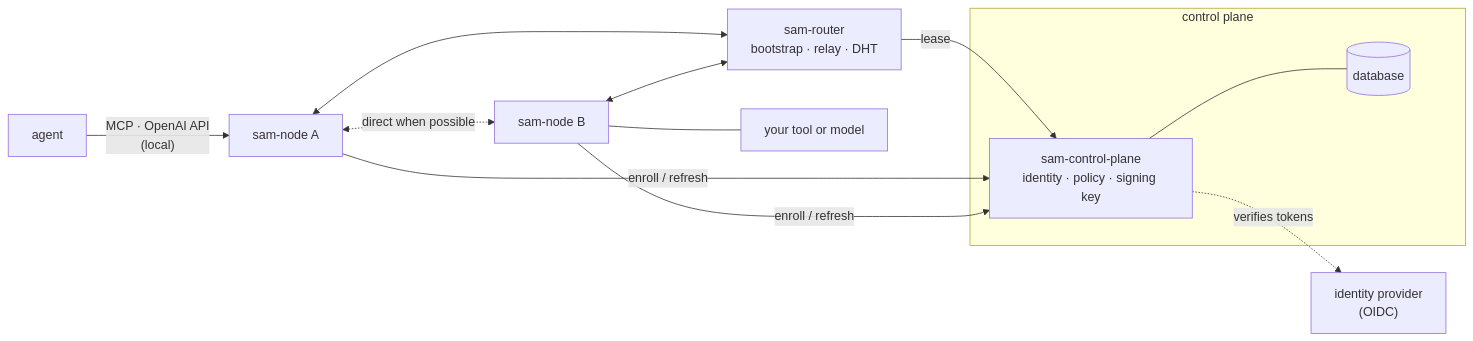
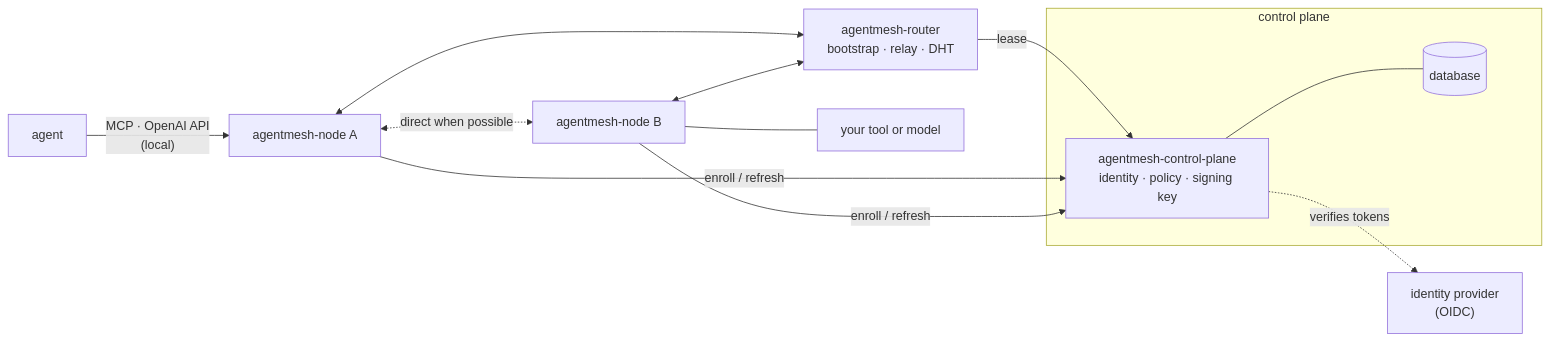
The diagram in site/content/docs/concepts/architecture.md (aojea/sam), drawn with Mermaid before and after one commit. The commit also changed other lines of this file and 59 other files, not shown here.

````diff
--- a/site/content/docs/concepts/architecture.md
+++ b/site/content/docs/concepts/architecture.md
@@ -12,24 +12,24 @@
 ```mermaid
 flowchart LR
   subgraph cp["control plane"]
-    CP["sam-control-plane<br/>identity · policy · signing key"]
+    CP["agentmesh-control-plane<br/>identity · policy · signing key"]
     DB[("database")]
     CP --- DB
   end
   IDP["identity provider<br/>(OIDC)"]
-  R["sam-router<br/>bootstrap · relay · DHT"]
-  A["sam-node A"]
-  B["sam-node B"]
+  R["agentmesh-router<br/>bootstrap · relay · DHT"]
+  A["agentmesh-node A"]
+  B["agentmesh-node B"]
   AG["agent"]
   SVC["your tool or model"]
 
   CP -. verifies tokens .-> IDP
   R -- lease --> CP
   A -- enroll / refresh --> CP
   B -- enroll / refresh --> CP
   A <--> R
   B <--> R
   A <-. direct when possible .-> B
   AG -- "MCP · OpenAI API<br/>(local)" --> A
   B --- SVC
 ```
````
